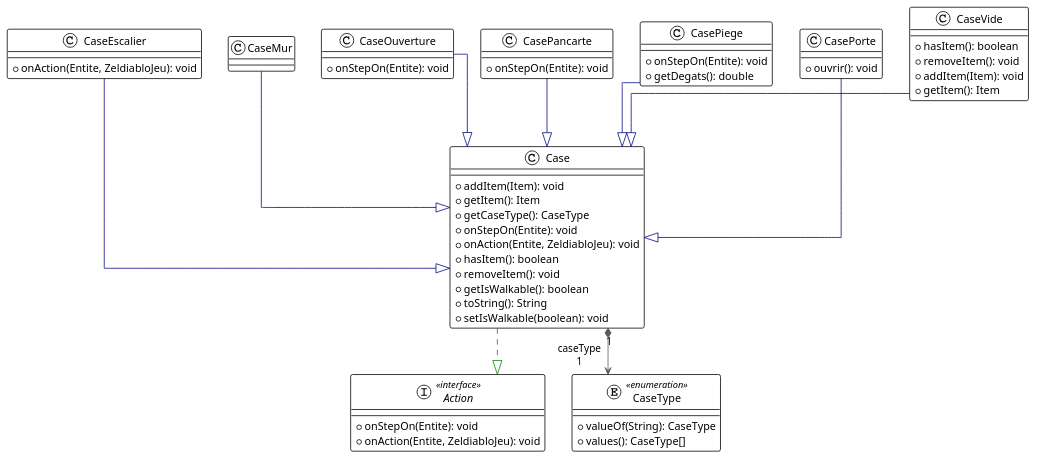
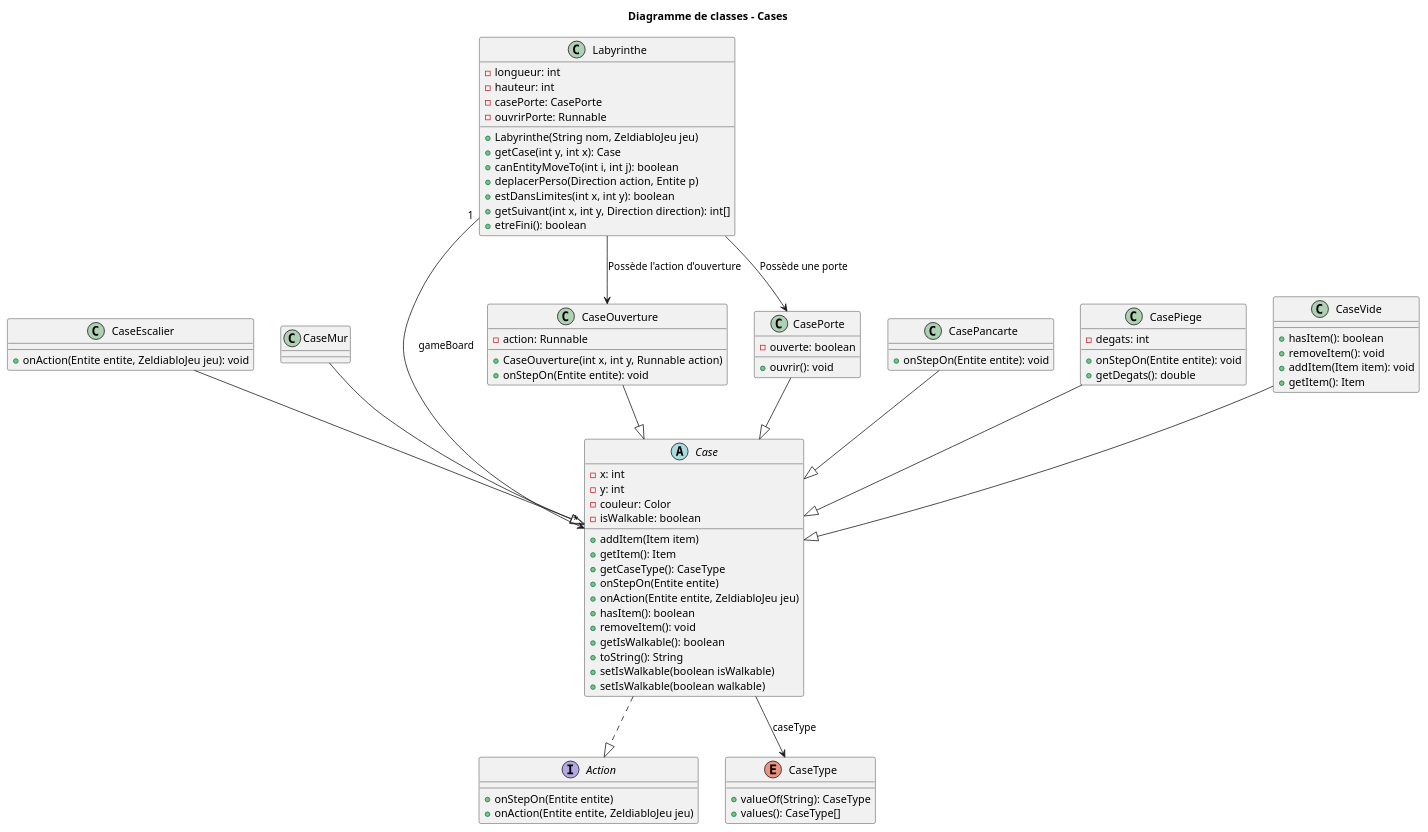
Before and after one commit to zonetecde/BUT_S2_2025_Zeldiablo_e22359u_e82916u_e77582u_e85474u: the diagram in zeldiablo/documents/DigrammesFinaux/Cases.puml, drawn with PlantUML. The commit also changed 10 other files, not shown here.

Commit message:
+ update des diagrammes + ajout point de degat dans le tostring

```diff
--- a/zeldiablo/documents/DigrammesFinaux/Cases.puml
+++ b/zeldiablo/documents/DigrammesFinaux/Cases.puml
@@ -1,60 +1,95 @@
 @startuml
+title Diagramme de classes - Cases
 
-!theme plain
-top to bottom direction
-skinparam linetype ortho
-
-interface Action << interface >> {
-  + onStepOn(Entite): void
-  + onAction(Entite, ZeldiabloJeu): void
-}
-class Case {
-  + addItem(Item): void
-  + getItem(): Item
-  + getCaseType(): CaseType
-  + onStepOn(Entite): void
-  + onAction(Entite, ZeldiabloJeu): void
-  + hasItem(): boolean
-  + removeItem(): void
-  + getIsWalkable(): boolean
-  + toString(): String
-  + setIsWalkable(boolean): void
-}
-class CaseEscalier {
-  + onAction(Entite, ZeldiabloJeu): void
-}
-class CaseMur
-class CaseOuverture {
-  + onStepOn(Entite): void
-}
-class CasePancarte {
-  + onStepOn(Entite): void
-}
-class CasePiege {
-  + onStepOn(Entite): void
-  + getDegats(): double
-}
-class CasePorte {
-  + ouvrir(): void
-}
-enum CaseType << enumeration >> {
-  + valueOf(String): CaseType
-  + values(): CaseType[]
-}
-class CaseVide {
-  + hasItem(): boolean
-  + removeItem(): void
-  + addItem(Item): void
-  + getItem(): Item
+interface Action {
+    +onStepOn(Entite entite)
+    +onAction(Entite entite, ZeldiabloJeu jeu)
 }
 
-Case           -[#008200,dashed]-^  Action
-Case          "1" *-[#595959,plain]-> "caseType\n1" CaseType
-CaseEscalier   -[#000082,plain]-^  Case
-CaseMur        -[#000082,plain]-^  Case
-CaseOuverture  -[#000082,plain]-^  Case
-CasePancarte   -[#000082,plain]-^  Case
-CasePiege      -[#000082,plain]-^  Case
-CasePorte      -[#000082,plain]-^  Case
-CaseVide       -[#000082,plain]-^  Case
+enum CaseType {
+    +valueOf(String): CaseType
+    +values(): CaseType[]
+}
+
+abstract class Case {
+    -x: int
+    -y: int
+    -couleur: Color 
+    -isWalkable: boolean
+    +addItem(Item item)
+    +getItem(): Item
+    +getCaseType(): CaseType
+    +onStepOn(Entite entite)
+    +onAction(Entite entite, ZeldiabloJeu jeu)
+    +hasItem(): boolean
+    +removeItem(): void
+    +getIsWalkable(): boolean
+    +toString(): String
+    +setIsWalkable(boolean isWalkable)
+    +setIsWalkable(boolean walkable)
+}
+
+class CaseEscalier {
+    +onAction(Entite entite, ZeldiabloJeu jeu): void
+}
+
+class CaseMur {
+}
+
+class CaseOuverture {
+    -action: Runnable
+    +CaseOuverture(int x, int y, Runnable action)
+    +onStepOn(Entite entite): void
+}
+
+class CasePancarte {
+    +onStepOn(Entite entite): void
+}
+
+class CasePiege {
+    -degats: int
+    +onStepOn(Entite entite): void
+    +getDegats(): double
+}
+
+class CasePorte {
+    -ouverte: boolean
+    +ouvrir(): void
+}
+
+class CaseVide {
+    +hasItem(): boolean
+    +removeItem(): void
+    +addItem(Item item): void
+    +getItem(): Item
+}
+
+class Labyrinthe {
+    -longueur: int
+    -hauteur: int
+    -casePorte: CasePorte
+    -ouvrirPorte: Runnable
+    +Labyrinthe(String nom, ZeldiabloJeu jeu)
+    +getCase(int y, int x): Case
+    +canEntityMoveTo(int i, int j): boolean
+    +deplacerPerso(Direction action, Entite p)
+    +estDansLimites(int x, int y): boolean
+    +getSuivant(int x, int y, Direction direction): int[]
+    +etreFini(): boolean
+}
+
+Case ..|> Action
+CaseEscalier --|> Case
+CaseMur --|> Case
+CaseOuverture --|> Case
+CasePancarte --|> Case
+CasePiege --|> Case
+CasePorte --|> Case
+CaseVide --|> Case
+
+Case --> CaseType : caseType
+Labyrinthe --> CasePorte : Possède une porte
+Labyrinthe --> CaseOuverture : Possède l'action d'ouverture
+Labyrinthe "1" --> "*" Case : gameBoard
+
 @enduml
```
